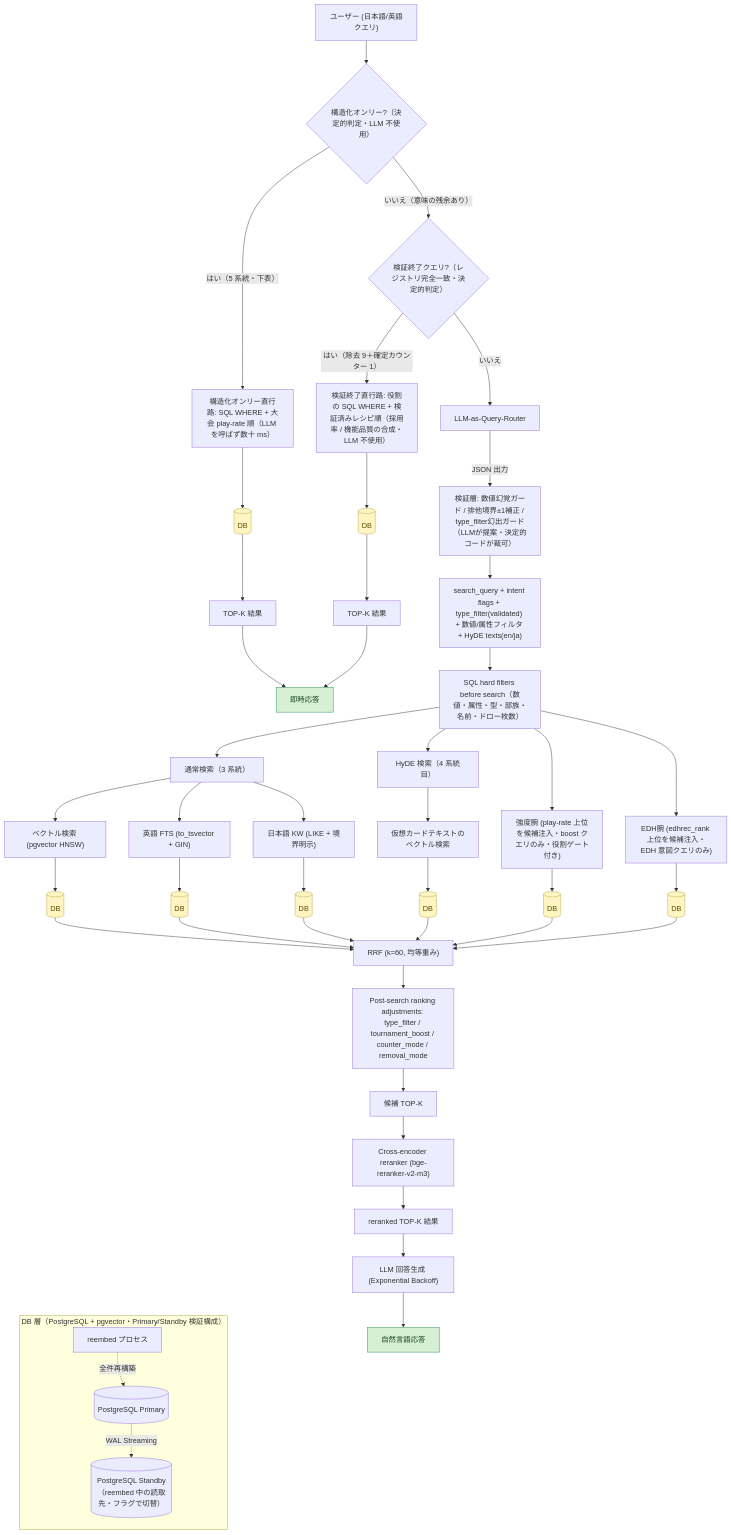
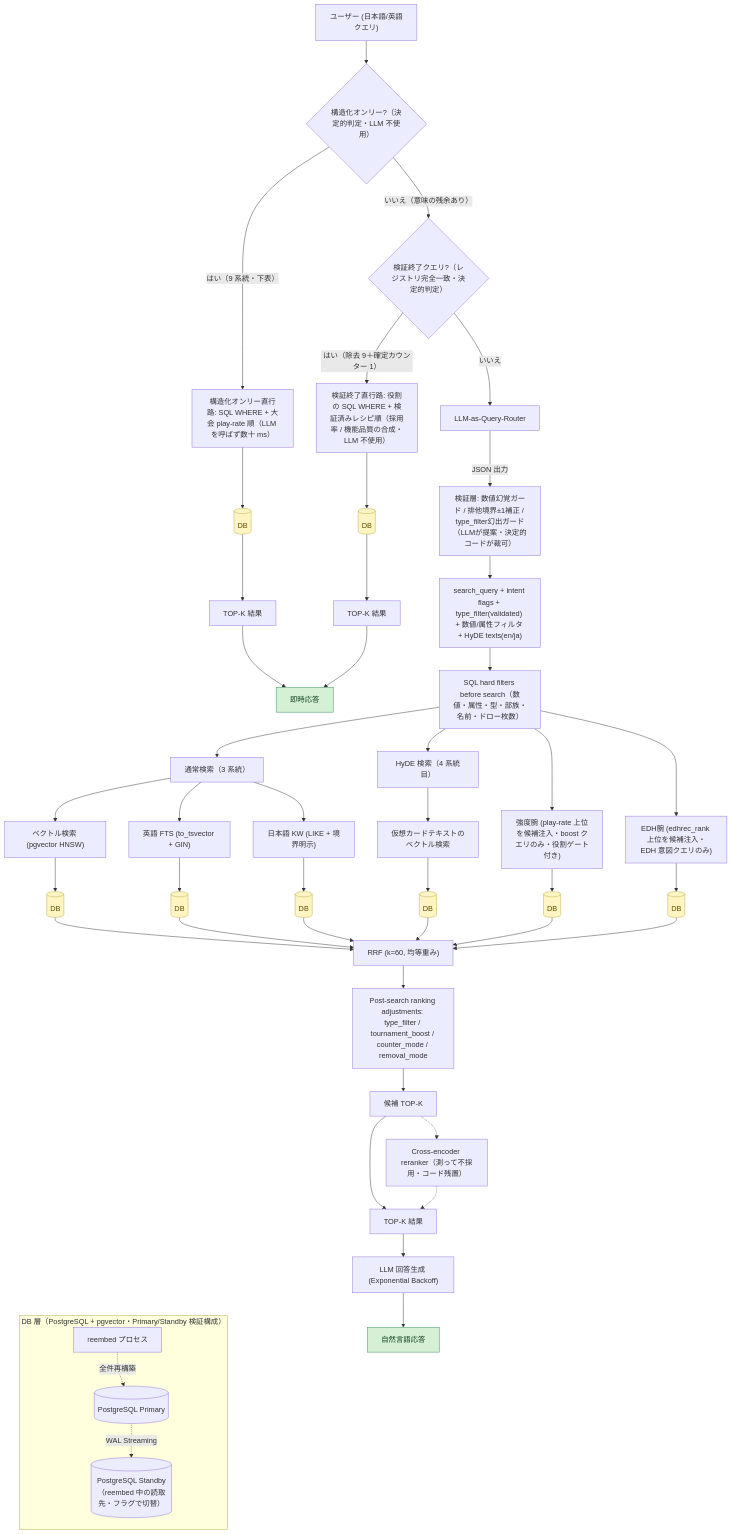
The first of 2 diagrams in ARCHITECTURE.md (Sakaihashizo/mtg-rag), drawn with Mermaid before and after one commit. The commit also changed other lines of this file and 4 other files, not shown here.

````diff
--- a/ARCHITECTURE.md
+++ b/ARCHITECTURE.md
@@ -37,50 +37,51 @@
 ```mermaid
 %%{init: {"flowchart": {"wrappingWidth": 160}}}%%
 flowchart TB
     User["ユーザー (日本語/英語クエリ)"] --> Gate{"構造化オンリー?（決定的判定・LLM 不使用）"}
-    Gate -->|"はい（5 系統・下表）"| Direct["構造化オンリー直行路: SQL WHERE + 大会 play-rate 順（LLM を呼ばず数十 ms）"]
+    Gate -->|"はい（9 系統・下表）"| Direct["構造化オンリー直行路: SQL WHERE + 大会 play-rate 順（LLM を呼ばず数十 ms）"]
     Direct --> DB1[("DB")] --> DirectOut["TOP-K 結果"]
     DirectOut --> DirectResp["即時応答"]
     Gate -->|"いいえ（意味の残余あり）"| GradGate{"検証終了クエリ?（レジストリ完全一致・決定的判定）"}
     GradGate -->|"はい（除去 9＋確定カウンター 1）"| RemDirect["検証終了直行路: 役割の SQL WHERE + 検証済みレシピ順（採用率 / 機能品質の合成・LLM 不使用）"]
     RemDirect --> DB8[("DB")] --> RemOut["TOP-K 結果"] --> DirectResp
     GradGate -->|"いいえ"| Router["LLM-as-Query-Router"]
     Router -->|JSON 出力| Validate["検証層: 数値幻覚ガード / 排他境界±1補正 / type_filter幻出ガード（LLMが提案・決定的コードが裁可）"]
     Validate --> Parsed["search_query + intent flags + type_filter(validated) + 数値/属性フィルタ + HyDE texts(en/ja)"]
     Parsed --> Hard["SQL hard filters before search（数値・属性・型・部族・名前・ドロー枚数）"]
     Hard --> Search3["通常検索（3 系統）"]
     Hard --> HyDESearch["HyDE 検索（4 系統目）"]
     Search3 --> Vector["ベクトル検索 (pgvector HNSW)"]
     Search3 --> FTSEN["英語 FTS (to_tsvector + GIN)"]
     Search3 --> FTSJA["日本語 KW (LIKE + 境界明示)"]
     HyDESearch --> VectorHyDE["仮想カードテキストのベクトル検索"]
     Hard --> Strength["強度腕 (play-rate 上位を候補注入・boost クエリのみ・役割ゲート付き)"]
     Hard --> EDHArm["EDH腕 (edhrec_rank 上位を候補注入・EDH 意図クエリのみ)"]
     Vector --> DB2[("DB")] --> RRF["RRF (k=60, 均等重み)"]
     FTSEN --> DB3[("DB")] --> RRF
     FTSJA --> DB4[("DB")] --> RRF
     VectorHyDE --> DB5[("DB")] --> RRF
     Strength --> DB6[("DB")] --> RRF
     EDHArm --> DB7[("DB")] --> RRF
     RRF --> Soft["Post-search ranking adjustments: type_filter / tournament_boost / counter_mode / removal_mode"]
     Soft --> CandidateTopK["候補 TOP-K"]
-    CandidateTopK --> Reranker["Cross-encoder reranker (bge-reranker-v2-m3)"]
-    Reranker --> TopK[reranked TOP-K 結果]
+    CandidateTopK --> TopK[TOP-K 結果]
+    CandidateTopK -.-> Reranker["Cross-encoder reranker（測って不採用・コード残置）"]
+    Reranker -.-> TopK
     TopK --> LLM["LLM 回答生成 (Exponential Backoff)"]
     LLM --> Response["自然言語応答"]
 
     subgraph DBLayer["DB 層（PostgreSQL + pgvector・Primary/Standby 検証構成）"]
         Primary[("PostgreSQL Primary")]
         Standby[("PostgreSQL Standby（reembed 中の読取先・フラグで切替）")]
         Primary -. WAL Streaming .-> Standby
         Reembed["reembed プロセス"] -.->|全件再構築| Primary
     end
     
     %% 不可視リンク（線は描画されない）: 独立した DB 層の欄をフロー最下段より下へ配置するための rank 制約
     Response ~~~ Primary
 
     classDef resp fill:#d5f0d5,stroke:#2e8b57,color:#14421f
     class DirectResp,Response resp
     classDef db fill:#fff5c2,stroke:#b8a94a,color:#5c4d00
     class DB1,DB2,DB3,DB4,DB5,DB6,DB7,DB8 db
 ```
````
